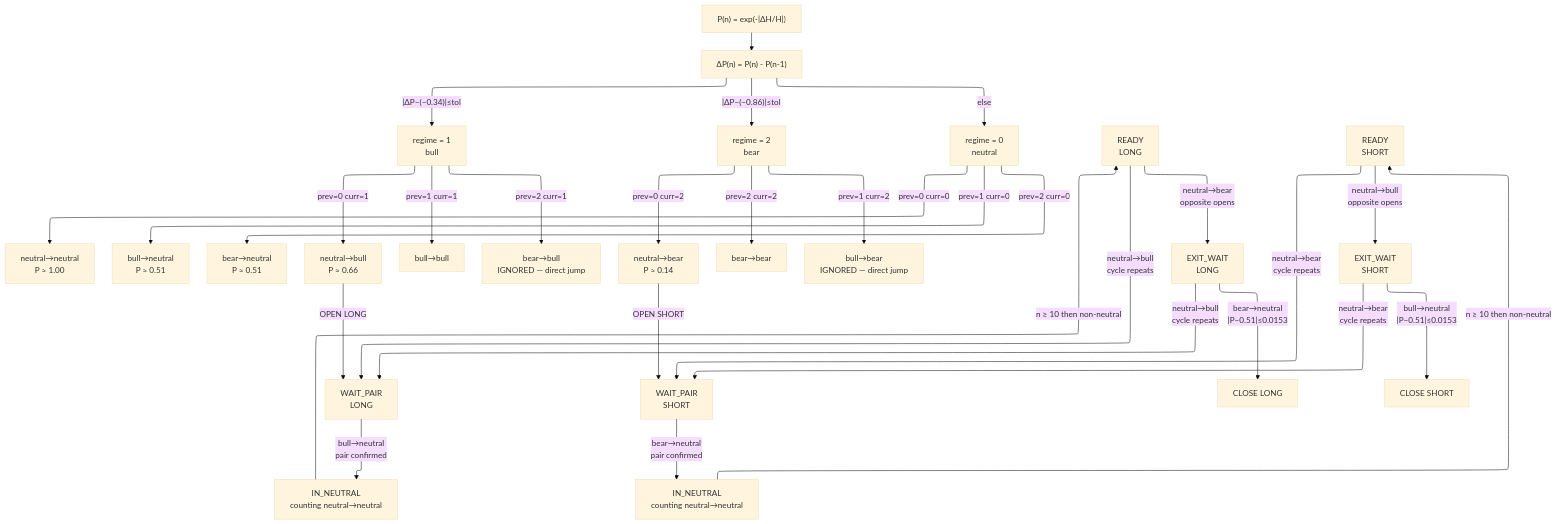
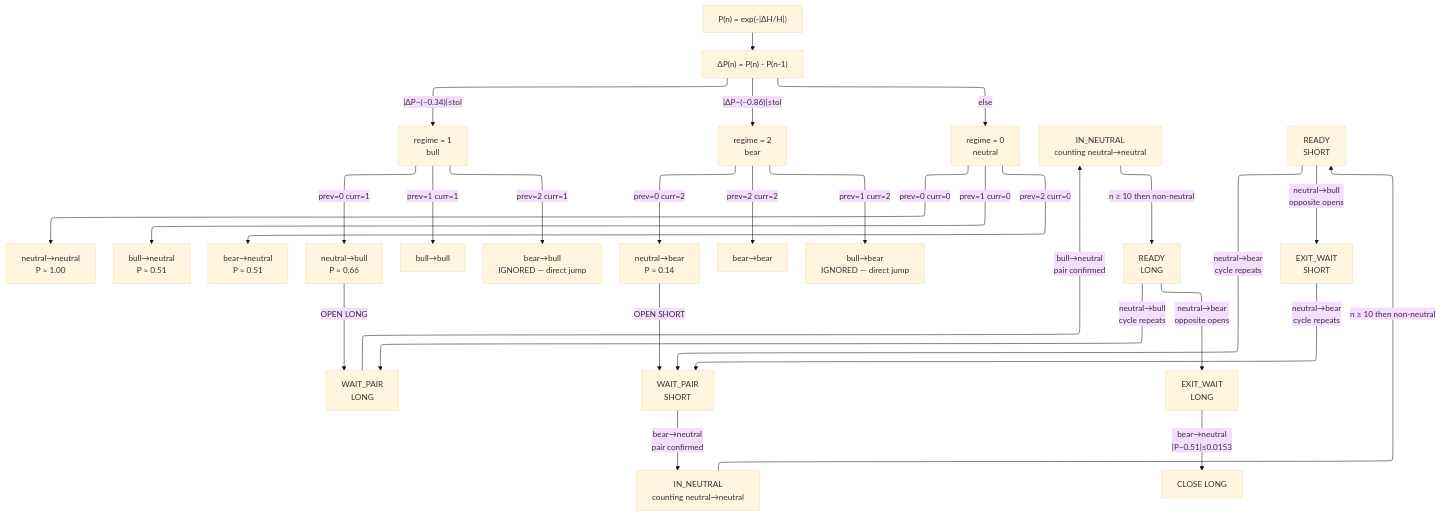
The fifth of 5 diagrams in structural_probability.md (quantiota/SKA-Binance-API), drawn with Mermaid before and after one commit.

````diff
--- a/structural_probability.md
+++ b/structural_probability.md
@@ -353,48 +353,48 @@
 ```mermaid
 ---
 config:
   look: classic
   theme: base
   layout: elk
 ---
 flowchart TD
     P["P(n) = exp(-|ΔH/H|)"]
     DP["ΔP(n) = P(n) - P(n-1)"]
 
     P --> DP
 
     DP -->|"|ΔP−(−0.34)|≤tol"| B["regime = 1\nbull"]
     DP -->|"|ΔP−(−0.86)|≤tol"| R["regime = 2\nbear"]
     DP -->|"else"| N["regime = 0\nneutral"]
 
     N -->|"prev=0 curr=0"| T0["neutral→neutral\nP ≈ 1.00"]
     N -->|"prev=1 curr=0"| T1["bull→neutral\nP ≈ 0.51"]
     N -->|"prev=2 curr=0"| T2["bear→neutral\nP ≈ 0.51"]
 
     B -->|"prev=0 curr=1"| T3["neutral→bull\nP ≈ 0.66"]
     B -->|"prev=1 curr=1"| T4["bull→bull"]
     B -->|"prev=2 curr=1"| DJ2["bear→bull\nIGNORED — direct jump"]
 
     R -->|"prev=0 curr=2"| T5["neutral→bear\nP ≈ 0.14"]
     R -->|"prev=2 curr=2"| T6["bear→bear"]
     R -->|"prev=1 curr=2"| DJ1["bull→bear\nIGNORED — direct jump"]
 
     T3 -->|"OPEN LONG"| WAIT_PAIR_L["WAIT_PAIR\nLONG"]
     T5 -->|"OPEN SHORT"| WAIT_PAIR_S["WAIT_PAIR\nSHORT"]
 
     WAIT_PAIR_L -->|"bull→neutral\npair confirmed"| IN_N_L["IN_NEUTRAL\ncounting neutral→neutral"]
     WAIT_PAIR_S -->|"bear→neutral\npair confirmed"| IN_N_S["IN_NEUTRAL\ncounting neutral→neutral"]
 
     IN_N_L -->|"n ≥ 10 then non-neutral"| READY_L["READY\nLONG"]
     IN_N_S -->|"n ≥ 10 then non-neutral"| READY_S["READY\nSHORT"]
 
     READY_L -->|"neutral→bull\ncycle repeats"| WAIT_PAIR_L
     READY_L -->|"neutral→bear\nopposite opens"| EXIT_L["EXIT_WAIT\nLONG"]
     EXIT_L -->|"bear→neutral\n|P−0.51|≤0.0153"| CLOSE_L["CLOSE LONG"]
-    EXIT_L -->|"neutral→bull\ncycle repeats"| WAIT_PAIR_L
+   
 
     READY_S -->|"neutral→bear\ncycle repeats"| WAIT_PAIR_S
     READY_S -->|"neutral→bull\nopposite opens"| EXIT_S["EXIT_WAIT\nSHORT"]
-    EXIT_S -->|"bull→neutral\n|P−0.51|≤0.0153"| CLOSE_S["CLOSE SHORT"]
+   
     EXIT_S -->|"neutral→bear\ncycle repeats"| WAIT_PAIR_S
 ```
````
